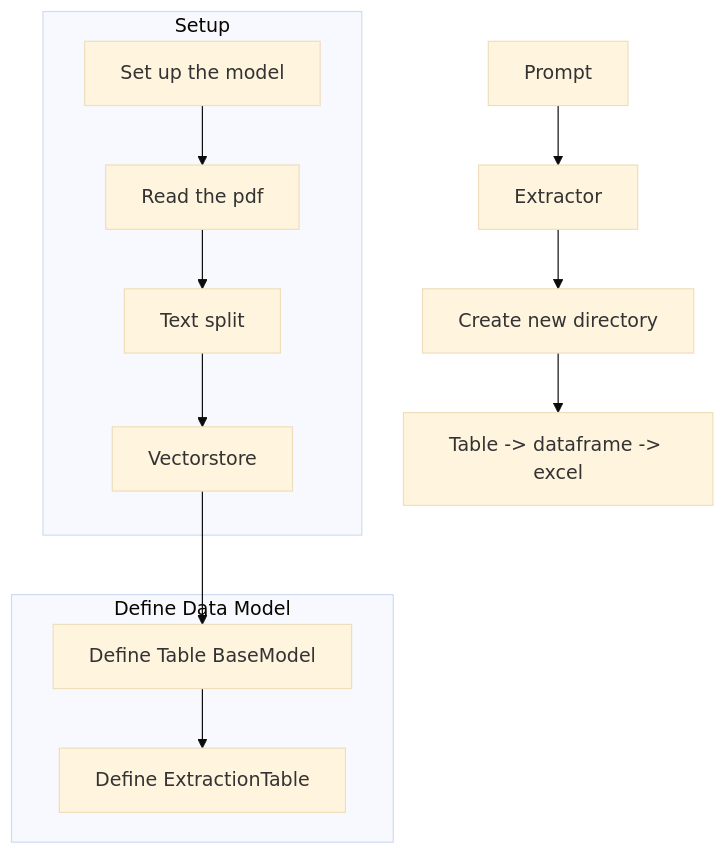
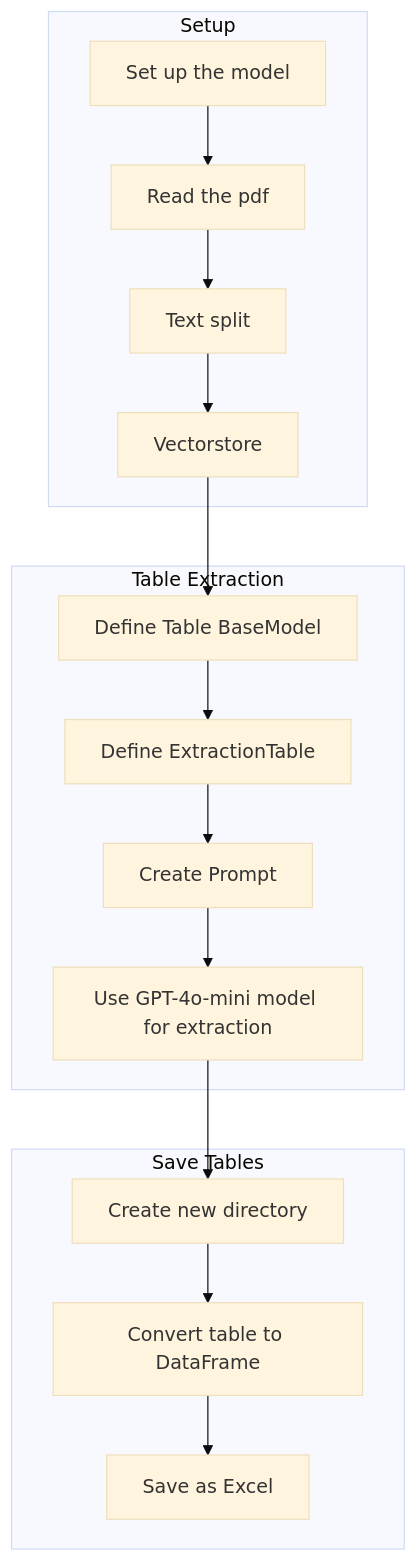
The diagram in extracting_dataframe_from_paper/README.md (Patotricks15/Generative-AI-projects), drawn with Mermaid (base theme) before and after one commit. The commit also changed other lines of this file and 22 other files, not shown here.

````diff
--- a/extracting_dataframe_from_paper/README.md
+++ b/extracting_dataframe_from_paper/README.md
@@ -15,25 +16,30 @@
 ```mermaid
 flowchart TD
 subgraph Setup
     A[Set up the model]
     B[Read the pdf]
     C[Text split]
     D[Vectorstore]
 end
-subgraph Define Data Model
+subgraph Table Extraction
     E[Define Table BaseModel]
     F[Define ExtractionTable]
+    G[Create Prompt]
+    H[Use GPT-4o-mini model for extraction]
 end
-G[Prompt]
-H[Extractor]
-I[Create new directory]
-J[Table -> dataframe -> excel]
+subgraph Save Tables
+    I[Create new directory]
+    J[Convert table to DataFrame]
+    K[Save as Excel]
+end
 A --> B
 B --> C
 C --> D
 D --> E
 E --> F
+F --> G
 G --> H
 H --> I
 I --> J
+J --> K
 ```
````
